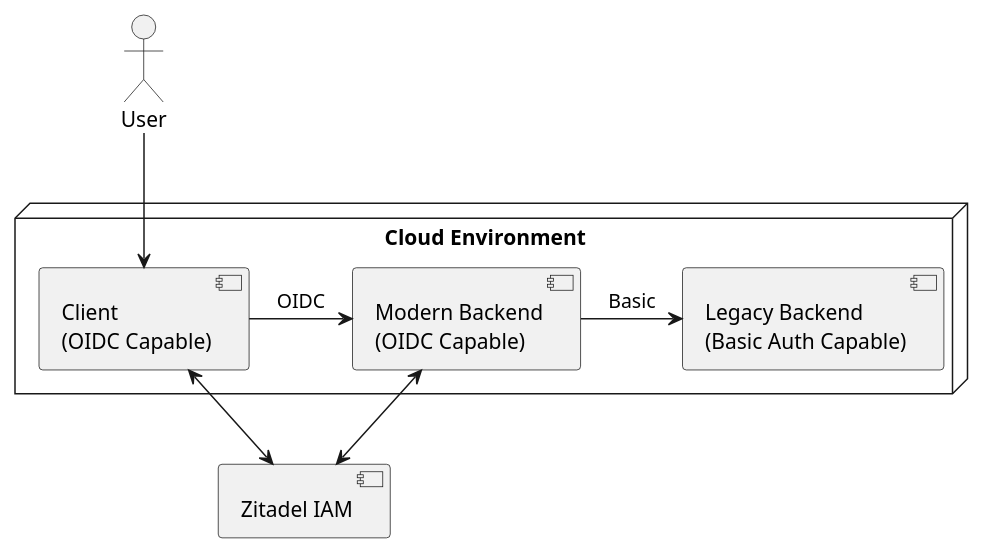
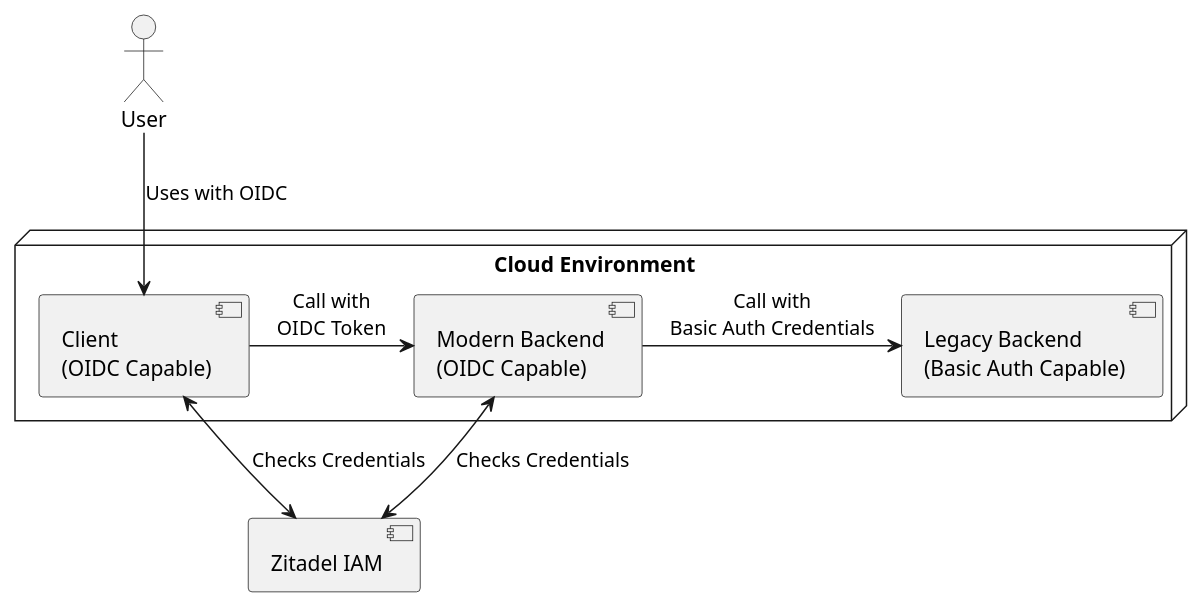
The diagram in diagrams/component/showcase-app.puml (buehler/mse-project-thesis-1), drawn with PlantUML before and after one commit. The commit also changed 8 other files, not shown here.

```diff
--- a/diagrams/component/showcase-app.puml
+++ b/diagrams/component/showcase-app.puml
@@ -1,19 +1,19 @@
 @startuml
 
 actor User as u
 component [Zitadel IAM] as i
 
 node "Cloud Environment" {
     component [Client\n(OIDC Capable)] as c
     component [Modern Backend\n(OIDC Capable)] as sa
     component [Legacy Backend\n(Basic Auth Capable)] as sb
 
-    c -> sa : OIDC
-    sa -> sb : Basic
+    c -> sa : Call with\nOIDC Token
+    sa -> sb : Call with\nBasic Auth Credentials
 }
 
-u --> c
-c <--> i
-i <--> sa
+u --> c : Uses with OIDC
+c <--> i : Checks Credentials
+i <--> sa : Checks Credentials
 
 @enduml
```
